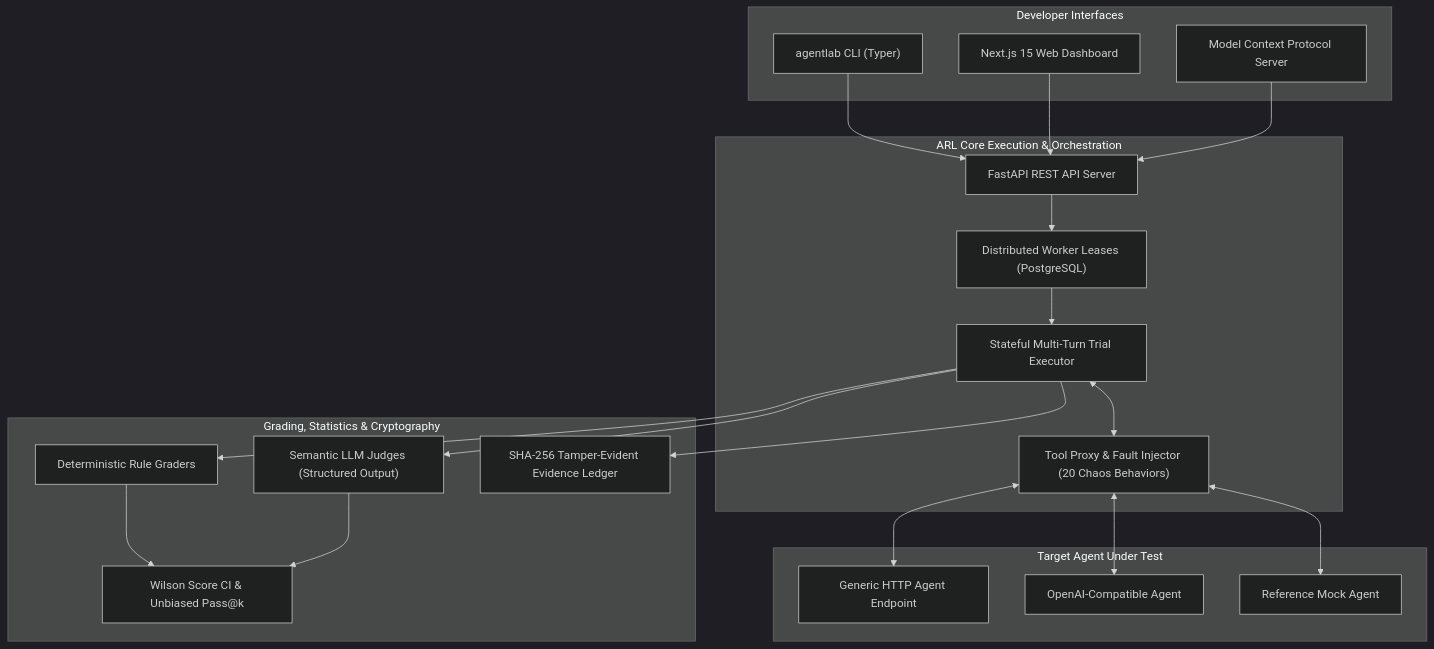
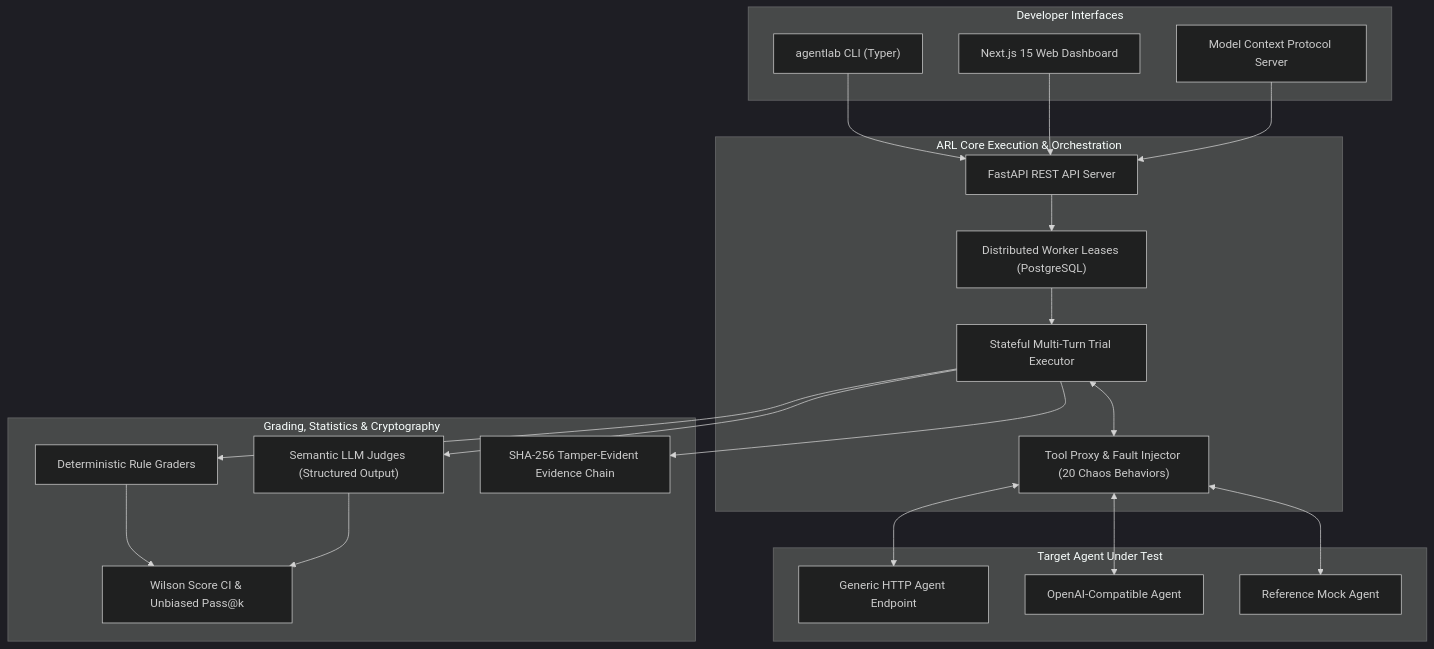
Before and after one commit to karthikrshet/agent-reliability: the diagram in README.md, drawn with Mermaid (dark theme). The commit also changed other lines of this file and 36 other files, not shown here.

````diff
--- a/README.md
+++ b/README.md
@@ -30,43 +30,43 @@
 ```mermaid
 graph TD
     subgraph Interfaces ["Developer Interfaces"]
         CLI["agentlab CLI (Typer)"]
         DASH["Next.js 15 Web Dashboard"]
         MCP["Model Context Protocol Server"]
     end
 
     subgraph CoreEngine ["ARL Core Execution & Orchestration"]
         API["FastAPI REST API Server"]
         WORKER["Distributed Worker Leases (PostgreSQL)"]
         EXEC["Stateful Multi-Turn Trial Executor"]
         PROXY["Tool Proxy & Fault Injector (20 Chaos Behaviors)"]
     end
 
     subgraph Evaluation ["Grading, Statistics & Cryptography"]
         RULE["Deterministic Rule Graders"]
         JUDGE["Semantic LLM Judges (Structured Output)"]
         STATS["Wilson Score CI & Unbiased Pass@k"]
-        LEDGER["SHA-256 Tamper-Evident Evidence Ledger"]
+        LEDGER["SHA-256 Tamper-Evident Evidence Chain"]
     end
 
     subgraph AgentBoundary ["Target Agent Under Test"]
         HTTP_AGENT["Generic HTTP Agent Endpoint"]
         OPENAI_AGENT["OpenAI-Compatible Agent"]
         MOCK_AGENT["Reference Mock Agent"]
     end
 
     CLI --> API
     DASH --> API
     MCP --> API
     API --> WORKER
     WORKER --> EXEC
     EXEC <--> PROXY
     PROXY <--> HTTP_AGENT
     PROXY <--> OPENAI_AGENT
     PROXY <--> MOCK_AGENT
     EXEC --> RULE
     EXEC --> JUDGE
     RULE --> STATS
     JUDGE --> STATS
     EXEC --> LEDGER
 ```
````
